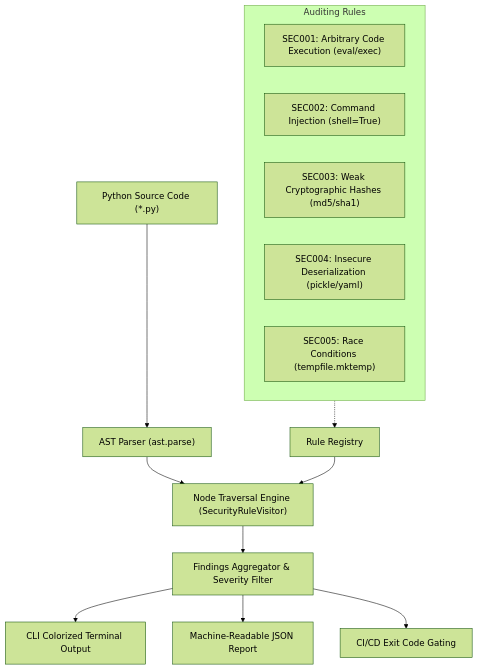
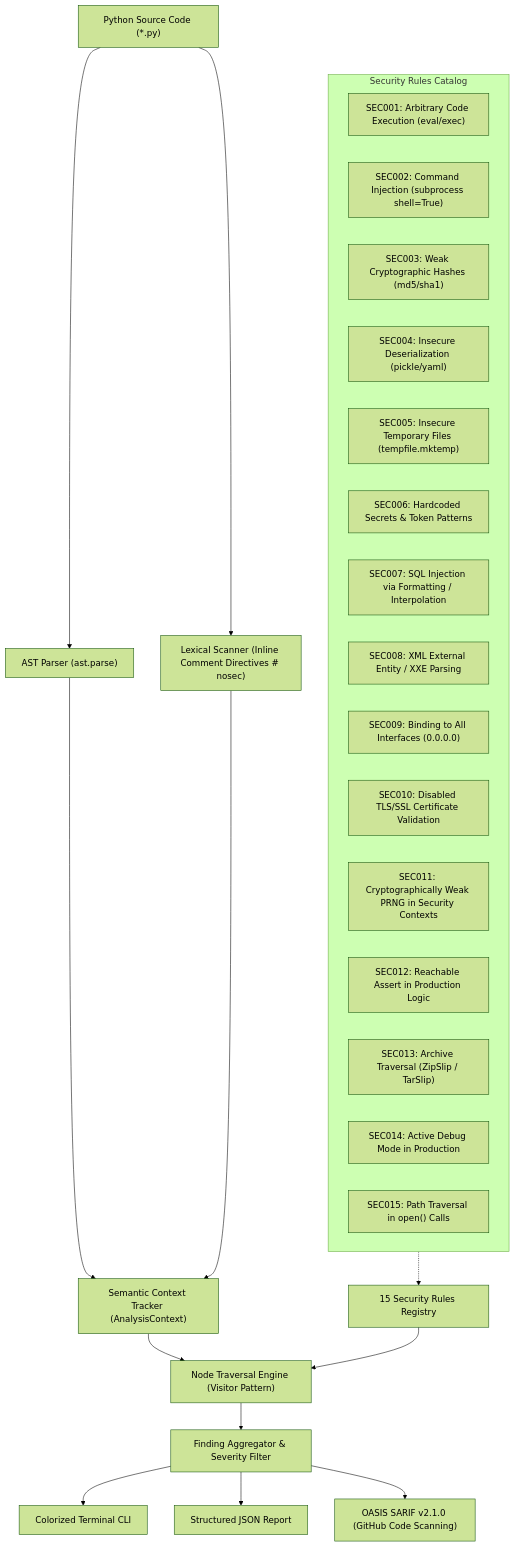
Before and after one commit to ScareCrowInMountain/ast-sentinel: the diagram in README.md, drawn with Mermaid (forest theme). The commit also changed other lines of this file and 29 other files, not shown here.

Commit message:
feat(v0.2.0): expand to 15 security rules, semantic aliasing, #nosec suppressions, config loader, and OASIS SARIF export

````diff
--- a/README.md
+++ b/README.md
@@ -25,18 +29,31 @@
 ```mermaid
 flowchart TD
     A["Python Source Code (*.py)"] --> B["AST Parser (ast.parse)"]
-    B --> C["Node Traversal Engine (SecurityRuleVisitor)"]
-    D["Rule Registry"] --> C
-    subgraph RulesCatalog["Auditing Rules"]
+    A --> C["Lexical Scanner (Inline Comment Directives # nosec)"]
+    B --> D["Semantic Context Tracker (AnalysisContext)"]
+    C --> D
+    D --> E["Node Traversal Engine (Visitor Pattern)"]
+    F["15 Security Rules Registry"] --> E
+    subgraph RulesEngine["Security Rules Catalog"]
         R1["SEC001: Arbitrary Code Execution (eval/exec)"]
-        R2["SEC002: Command Injection (shell=True)"]
+        R2["SEC002: Command Injection (subprocess shell=True)"]
         R3["SEC003: Weak Cryptographic Hashes (md5/sha1)"]
         R4["SEC004: Insecure Deserialization (pickle/yaml)"]
-        R5["SEC005: Race Conditions (tempfile.mktemp)"]
+        R5["SEC005: Insecure Temporary Files (tempfile.mktemp)"]
+        R6["SEC006: Hardcoded Secrets & Token Patterns"]
+        R7["SEC007: SQL Injection via Formatting / Interpolation"]
+        R8["SEC008: XML External Entity / XXE Parsing"]
+        R9["SEC009: Binding to All Interfaces (0.0.0.0)"]
+        R10["SEC010: Disabled TLS/SSL Certificate Validation"]
+        R11["SEC011: Cryptographically Weak PRNG in Security Contexts"]
+        R12["SEC012: Reachable Assert in Production Logic"]
+        R13["SEC013: Archive Traversal (ZipSlip / TarSlip)"]
+        R14["SEC014: Active Debug Mode in Production"]
+        R15["SEC015: Path Traversal in open() Calls"]
     end
-    RulesCatalog -.-> D
-    C --> E["Findings Aggregator & Severity Filter"]
-    E --> F["CLI Colorized Terminal Output"]
-    E --> G["Machine-Readable JSON Report"]
-    E --> H["CI/CD Exit Code Gating"]
+    RulesEngine -.-> F
+    E --> G["Finding Aggregator & Severity Filter"]
+    G --> H["Colorized Terminal CLI"]
+    G --> I["Structured JSON Report"]
+    G --> J["OASIS SARIF v2.1.0 (GitHub Code Scanning)"]
 ```
````
